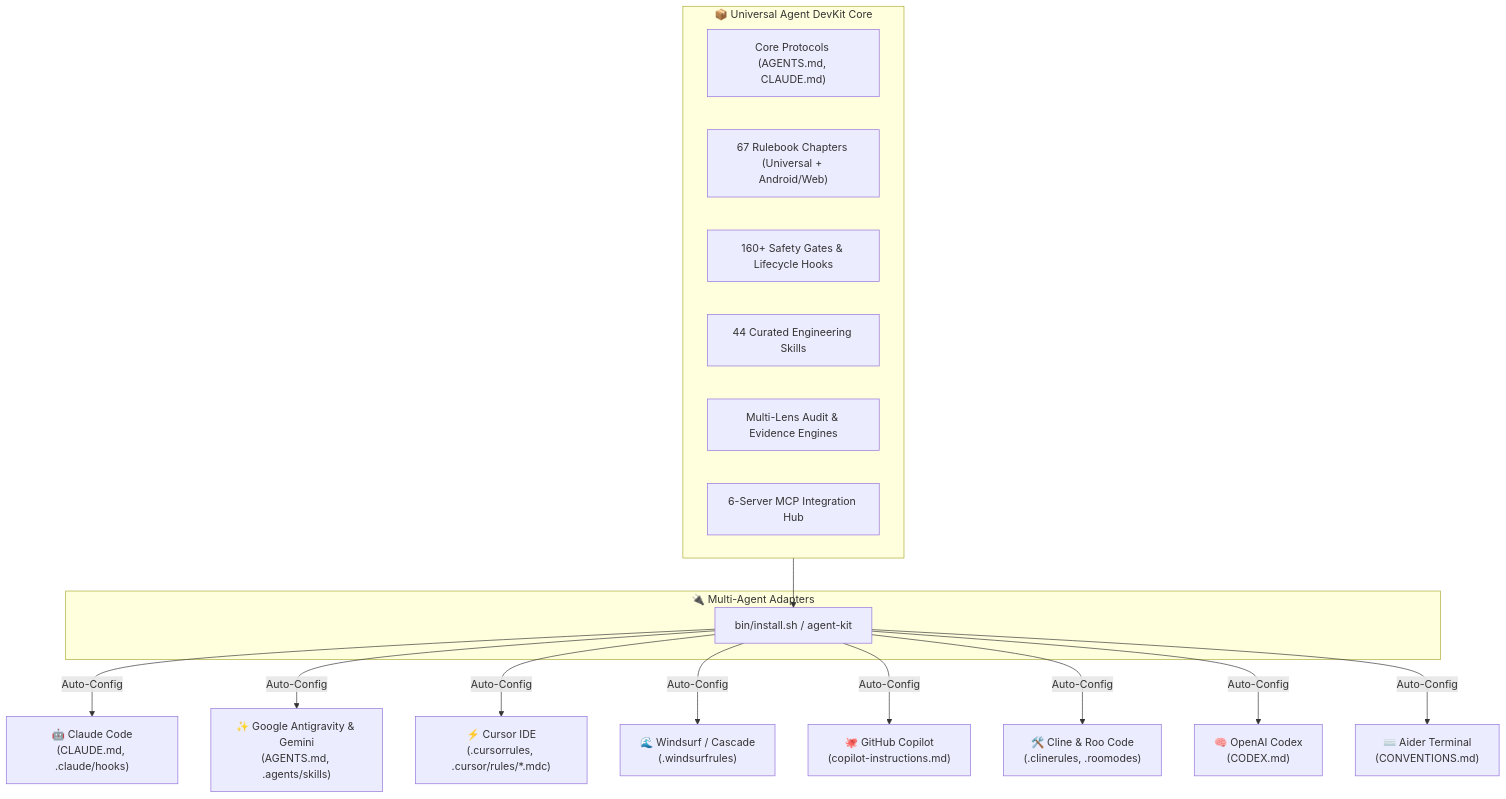
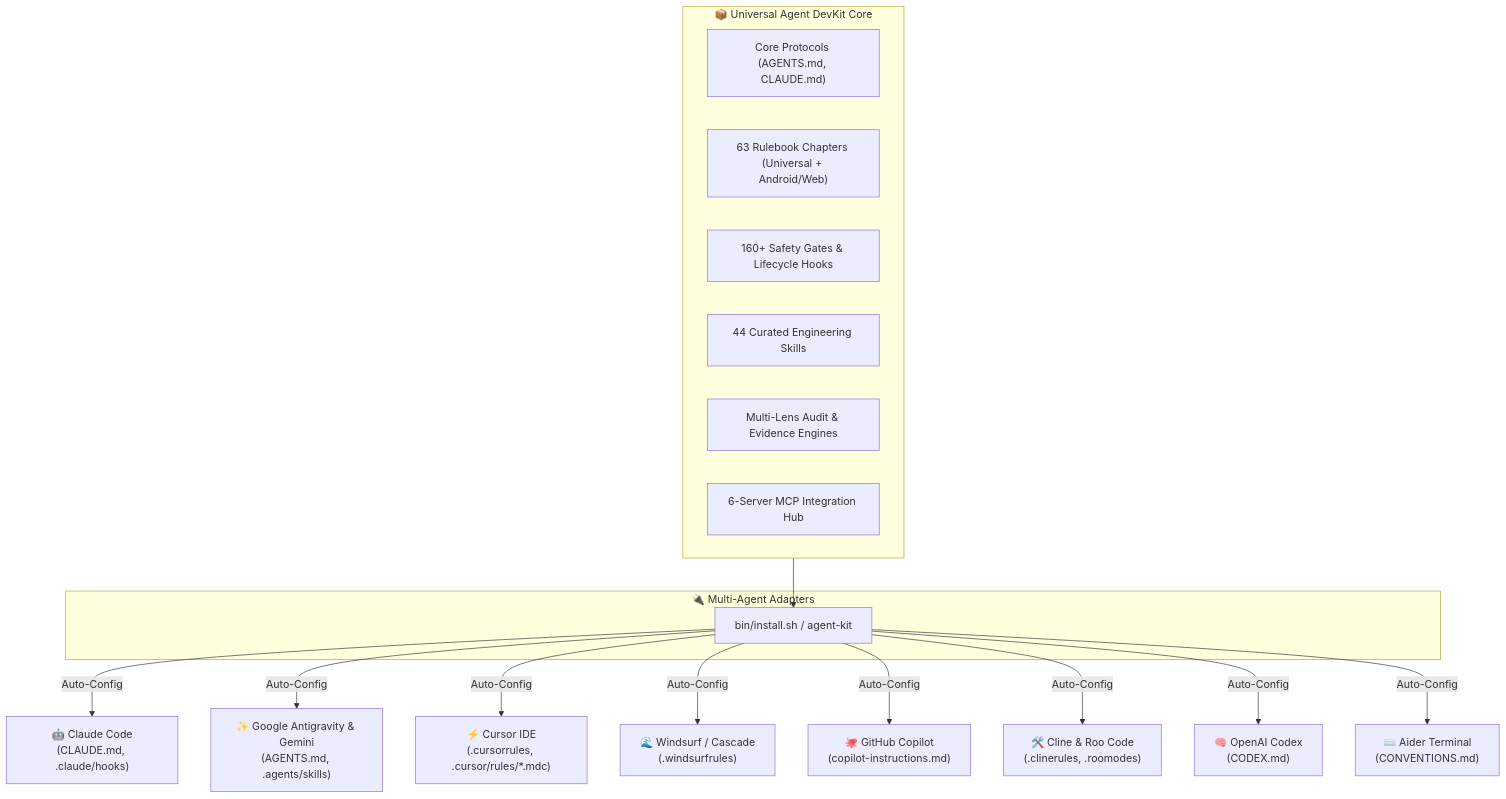
The diagram in README.md (ToanMobile/universal-agent-devkit), drawn with Mermaid before and after one commit. The commit also changed other lines of this file and 2 other files, not shown here.

Commit message:
fix(audit): correct rulebook chapter counts, fix all broken markdown links, and align tables with physical filesystem

````diff
--- a/README.md
+++ b/README.md
@@ -95,26 +95,26 @@
 ```mermaid
 graph TD
     subgraph DevKit_Core ["📦 Universal Agent DevKit Core"]
         CoreRules["Core Protocols (AGENTS.md, CLAUDE.md)"]
-        Rulebook["67 Rulebook Chapters (Universal + Android/Web)"]
+        Rulebook["63 Rulebook Chapters (Universal + Android/Web)"]
         Gates["160+ Safety Gates & Lifecycle Hooks"]
         SkillsCatalog["44 Curated Engineering Skills"]
         Workflows["Multi-Lens Audit & Evidence Engines"]
         MCPHub["6-Server MCP Integration Hub"]
     end
 
     subgraph Adapters ["🔌 Multi-Agent Adapters"]
         Installer["bin/install.sh / agent-kit"]
     end
 
     DevKit_Core --> Installer
 
     Installer -->|Auto-Config| Claude["🤖 Claude Code<br/>(CLAUDE.md, .claude/hooks)"]
     Installer -->|Auto-Config| Gemini["✨ Google Antigravity & Gemini<br/>(AGENTS.md, .agents/skills)"]
     Installer -->|Auto-Config| Cursor["⚡ Cursor IDE<br/>(.cursorrules, .cursor/rules/*.mdc)"]
     Installer -->|Auto-Config| Windsurf["🌊 Windsurf / Cascade<br/>(.windsurfrules)"]
     Installer -->|Auto-Config| Copilot["🐙 GitHub Copilot<br/>(copilot-instructions.md)"]
     Installer -->|Auto-Config| Cline["🛠️ Cline & Roo Code<br/>(.clinerules, .roomodes)"]
     Installer -->|Auto-Config| Codex["🧠 OpenAI Codex<br/>(CODEX.md)"]
     Installer -->|Auto-Config| Aider["⌨️ Aider Terminal<br/>(CONVENTIONS.md)"]
 ```
````
